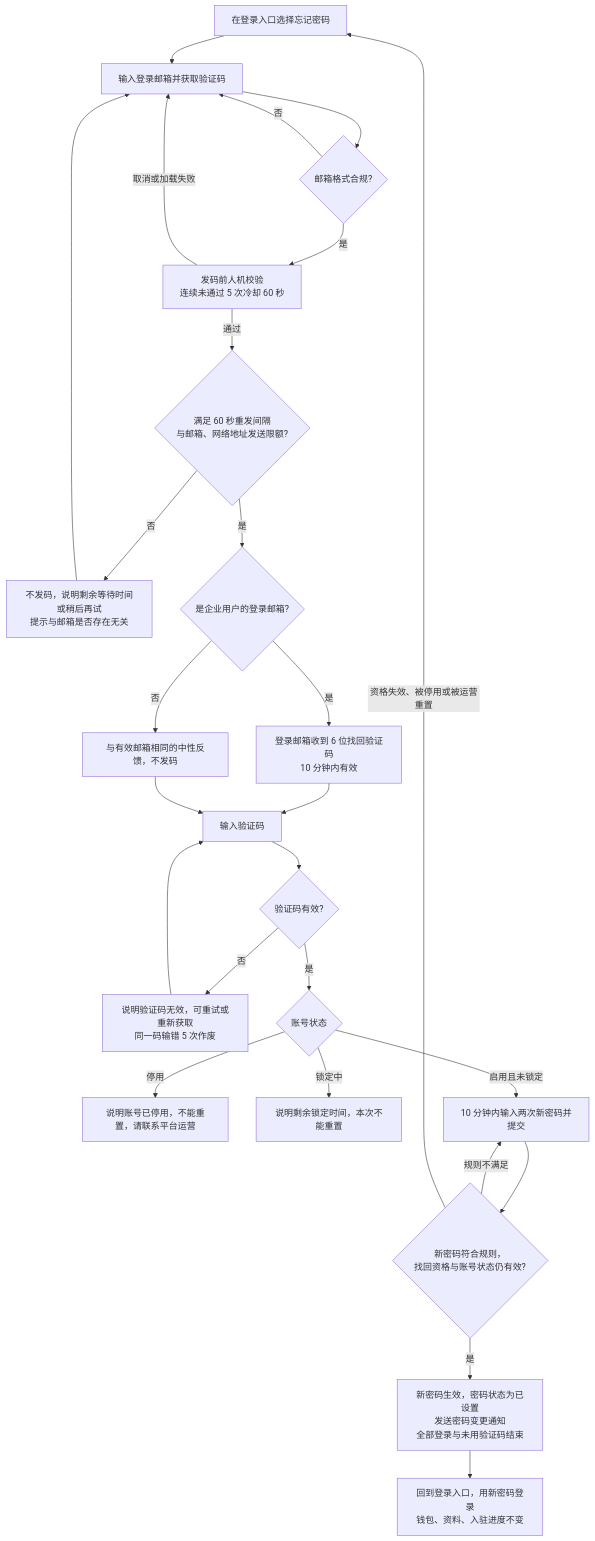
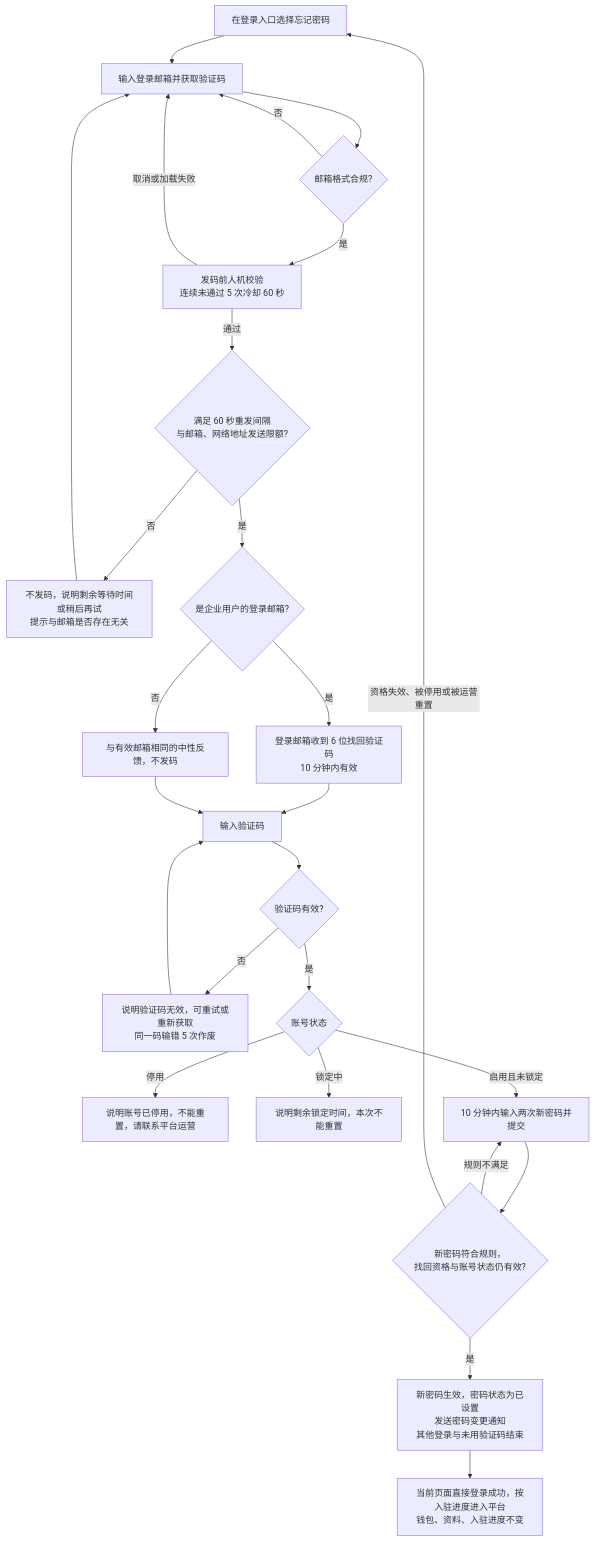
One commit to wxblockchain/Chain-Financing changed the second of 11 diagrams in asset-trust-platform/PRD/企业端/M1-企业登录与首次入驻/02-企业登录与首次入驻-流程图与状态机.md. Above: the diagram before and after it, drawn with Mermaid. The commit also changed other lines of this file and 4 other files, not shown here.

````diff
--- a/asset-trust-platform/PRD/企业端/M1-企业登录与首次入驻/02-企业登录与首次入驻-流程图与状态机.md
+++ b/asset-trust-platform/PRD/企业端/M1-企业登录与首次入驻/02-企业登录与首次入驻-流程图与状态机.md
@@ -68,28 +68,28 @@
 ```mermaid
 flowchart TD
     A[在登录入口选择忘记密码] --> B[输入登录邮箱并获取验证码]
     B --> B0{邮箱格式合规?}
     B0 -->|否| B
     B0 -->|是| C[发码前人机校验<br/>连续未通过 5 次冷却 60 秒]
     C -->|取消或加载失败| B
     C -->|通过| D{满足 60 秒重发间隔<br/>与邮箱、网络地址发送限额?}
     D -->|否| D1[不发码，说明剩余等待时间或稍后再试<br/>提示与邮箱是否存在无关]
     D1 --> B
     D -->|是| E{是企业用户的登录邮箱?}
     E -->|否| E1[与有效邮箱相同的中性反馈，不发码]
     E -->|是| E2[登录邮箱收到 6 位找回验证码<br/>10 分钟内有效]
     E2 --> F[输入验证码]
     E1 --> F
     F --> G{验证码有效?}
     G -->|否| G1[说明验证码无效，可重试或重新获取<br/>同一码输错 5 次作废]
     G1 --> F
     G -->|是| H{账号状态}
     H -->|停用| H1[说明账号已停用，不能重置，请联系平台运营]
     H -->|锁定中| H2[说明剩余锁定时间，本次不能重置]
     H -->|启用且未锁定| I[10 分钟内输入两次新密码并提交]
     I --> J{新密码符合规则，<br/>找回资格与账号状态仍有效?}
     J -->|规则不满足| I
     J -->|资格失效、被停用或被运营重置| A
-    J -->|是| K[新密码生效，密码状态为已设置<br/>发送密码变更通知<br/>全部登录与未用验证码结束]
-    K --> L[回到登录入口，用新密码登录<br/>钱包、资料、入驻进度不变]
+    J -->|是| K[新密码生效，密码状态为已设置<br/>发送密码变更通知<br/>其他登录与未用验证码结束]
+    K --> L[当前页面直接登录成功，按入驻进度进入平台<br/>钱包、资料、入驻进度不变]
 ```
````
